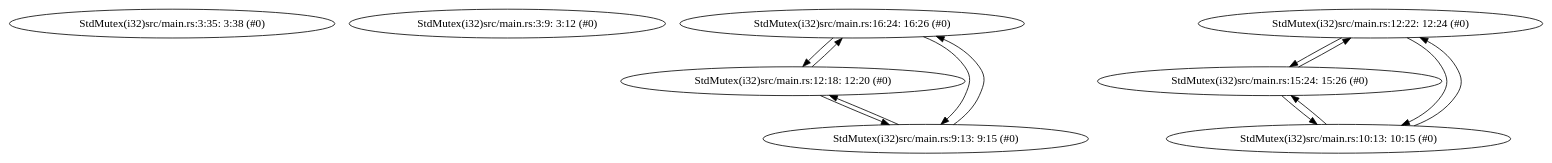
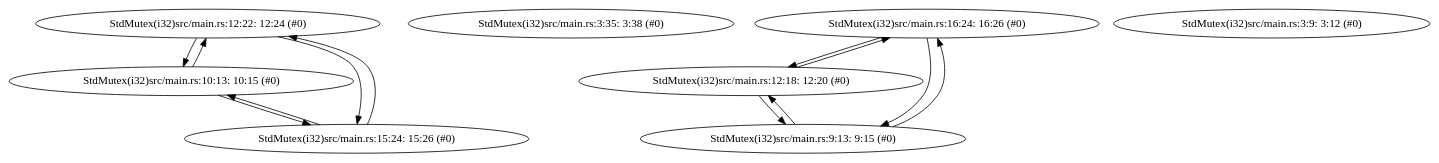
The diagram in toys/call-no-deadlock/pts_map.dot (kevindadi/RustPTA), drawn with Graphviz before and after one commit. The commit also changed 10 other files, not shown here.

```diff
--- a/toys/call-no-deadlock/pts_map.dot
+++ b/toys/call-no-deadlock/pts_map.dot
@@ -1,22 +1,22 @@
 digraph {
-    0 [ label = "StdMutex(i32)src/main.rs:3:35: 3:38 (#0)" ]
-    1 [ label = "StdMutex(i32)src/main.rs:3:9: 3:12 (#0)" ]
-    2 [ label = "StdMutex(i32)src/main.rs:16:24: 16:26 (#0)" ]
-    3 [ label = "StdMutex(i32)src/main.rs:12:22: 12:24 (#0)" ]
-    4 [ label = "StdMutex(i32)src/main.rs:15:24: 15:26 (#0)" ]
-    5 [ label = "StdMutex(i32)src/main.rs:12:18: 12:20 (#0)" ]
-    6 [ label = "StdMutex(i32)src/main.rs:10:13: 10:15 (#0)" ]
+    0 [ label = "StdMutex(i32)src/main.rs:12:22: 12:24 (#0)" ]
+    1 [ label = "StdMutex(i32)src/main.rs:10:13: 10:15 (#0)" ]
+    2 [ label = "StdMutex(i32)src/main.rs:15:24: 15:26 (#0)" ]
+    3 [ label = "StdMutex(i32)src/main.rs:3:35: 3:38 (#0)" ]
+    4 [ label = "StdMutex(i32)src/main.rs:16:24: 16:26 (#0)" ]
+    5 [ label = "StdMutex(i32)src/main.rs:3:9: 3:12 (#0)" ]
+    6 [ label = "StdMutex(i32)src/main.rs:12:18: 12:20 (#0)" ]
     7 [ label = "StdMutex(i32)src/main.rs:9:13: 9:15 (#0)" ]
-    3 -> 4 [ label = "" ]
-    5 -> 2 [ label = "" ]
-    2 -> 5 [ label = "" ]
-    4 -> 3 [ label = "" ]
+    0 -> 1 [ label = "" ]
+    1 -> 0 [ label = "" ]
+    2 -> 1 [ label = "" ]
+    4 -> 7 [ label = "" ]
+    7 -> 4 [ label = "" ]
+    1 -> 2 [ label = "" ]
     6 -> 4 [ label = "" ]
-    3 -> 6 [ label = "" ]
-    6 -> 3 [ label = "" ]
-    2 -> 7 [ label = "" ]
-    7 -> 2 [ label = "" ]
-    7 -> 5 [ label = "" ]
     4 -> 6 [ label = "" ]
-    5 -> 7 [ label = "" ]
+    0 -> 2 [ label = "" ]
+    6 -> 7 [ label = "" ]
+    7 -> 6 [ label = "" ]
+    2 -> 0 [ label = "" ]
 }
```
